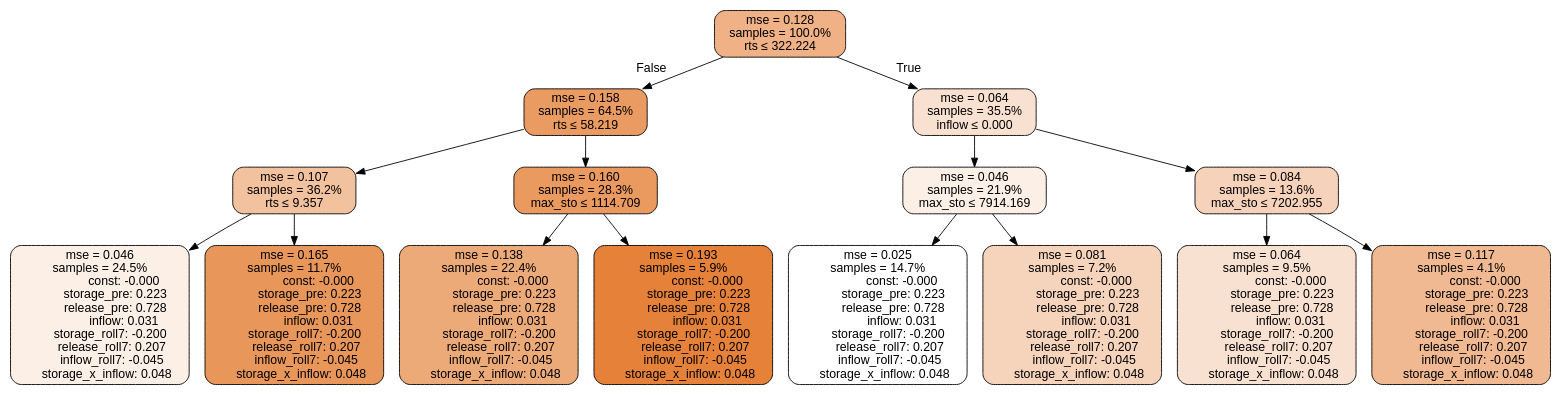
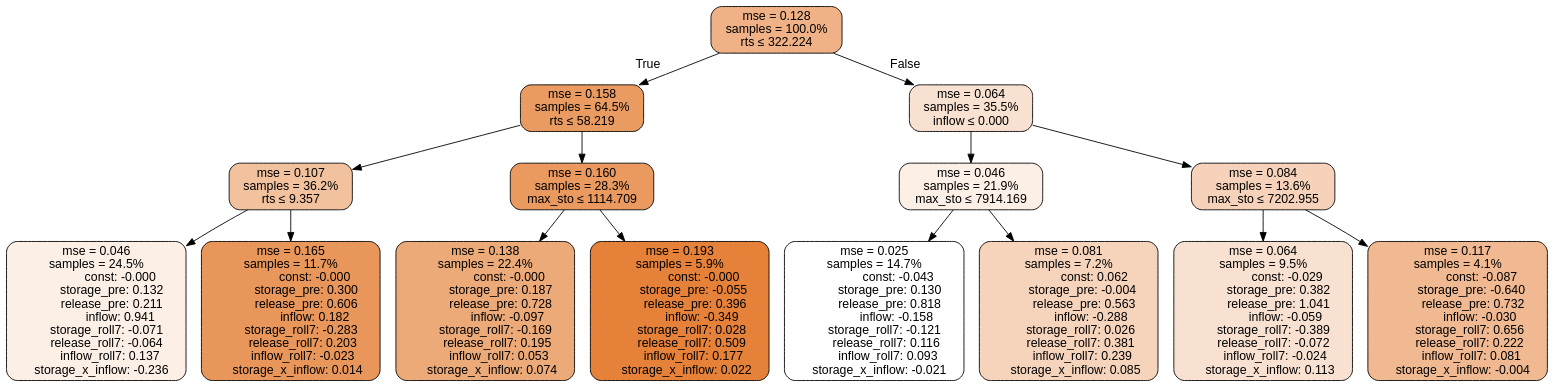
Before and after one commit to lcford2/predict-release: the diagram in results/tclr_spatial_eval/all/TD3_RT_MS_0.75_983/tree.dot, drawn with Graphviz. The commit also changed 1999 other files, not shown here.

```diff
--- a/results/tclr_spatial_eval/all/TD3_RT_MS_0.75_983/tree.dot
+++ b/results/tclr_spatial_eval/all/TD3_RT_MS_0.75_983/tree.dot
@@ -1,120 +1,121 @@
 digraph tree {
+bgcolor="transparent"
 node [shape=rectangle, style="filled, rounded", color="black", fontname=helvetica] ;
 edge [fontname=helvetica] ;
 	"0" [label="mse = 0.128
 samples = 100.0%
 rts &le; 322.224", fillcolor="#efb185"]
 	"1" [label="mse = 0.158
 samples = 64.5%
 rts &le; 58.219", fillcolor="#ea9b62"]
 	"2" [label="mse = 0.107
 samples = 36.2%
 rts &le; 9.357", fillcolor="#f2c19e"]
 	"3" [label="mse = 0.046
 samples = 24.5%
                const: -0.000
-          storage_pre: 0.223
-          release_pre: 0.728
-               inflow: 0.031
-       storage_roll7: -0.200
-        release_roll7: 0.207
-        inflow_roll7: -0.045
-     storage_x_inflow: 0.048", fillcolor="#fbefe6"]
+          storage_pre: 0.132
+          release_pre: 0.211
+               inflow: 0.941
+       storage_roll7: -0.071
+       release_roll7: -0.064
+         inflow_roll7: 0.137
+    storage_x_inflow: -0.236", fillcolor="#fbefe6"]
 	"4" [label="mse = 0.165
 samples = 11.7%
                const: -0.000
-          storage_pre: 0.223
-          release_pre: 0.728
-               inflow: 0.031
-       storage_roll7: -0.200
-        release_roll7: 0.207
-        inflow_roll7: -0.045
-     storage_x_inflow: 0.048", fillcolor="#e9965a"]
+          storage_pre: 0.300
+          release_pre: 0.606
+               inflow: 0.182
+       storage_roll7: -0.283
+        release_roll7: 0.203
+        inflow_roll7: -0.023
+     storage_x_inflow: 0.014", fillcolor="#e9965a"]
 	"5" [label="mse = 0.160
 samples = 28.3%
 max_sto &le; 1114.709", fillcolor="#ea995f"]
 	"6" [label="mse = 0.138
 samples = 22.4%
                const: -0.000
-          storage_pre: 0.223
+          storage_pre: 0.187
           release_pre: 0.728
-               inflow: 0.031
-       storage_roll7: -0.200
-        release_roll7: 0.207
-        inflow_roll7: -0.045
-     storage_x_inflow: 0.048", fillcolor="#edaa79"]
+              inflow: -0.097
+       storage_roll7: -0.169
+        release_roll7: 0.195
+         inflow_roll7: 0.053
+     storage_x_inflow: 0.074", fillcolor="#edaa79"]
 	"7" [label="mse = 0.193
 samples = 5.9%
                const: -0.000
-          storage_pre: 0.223
-          release_pre: 0.728
-               inflow: 0.031
-       storage_roll7: -0.200
-        release_roll7: 0.207
-        inflow_roll7: -0.045
-     storage_x_inflow: 0.048", fillcolor="#e58139"]
+         storage_pre: -0.055
+          release_pre: 0.396
+              inflow: -0.349
+        storage_roll7: 0.028
+        release_roll7: 0.509
+         inflow_roll7: 0.177
+     storage_x_inflow: 0.022", fillcolor="#e58139"]
 	"8" [label="mse = 0.064
 samples = 35.5%
 inflow &le; 0.000", fillcolor="#f8e1d1"]
 	"9" [label="mse = 0.046
 samples = 21.9%
 max_sto &le; 7914.169", fillcolor="#fbefe6"]
 	"10" [label="mse = 0.025
 samples = 14.7%
-               const: -0.000
-          storage_pre: 0.223
-          release_pre: 0.728
-               inflow: 0.031
-       storage_roll7: -0.200
-        release_roll7: 0.207
-        inflow_roll7: -0.045
-     storage_x_inflow: 0.048", fillcolor="#ffffff"]
+               const: -0.043
+          storage_pre: 0.130
+          release_pre: 0.818
+              inflow: -0.158
+       storage_roll7: -0.121
+        release_roll7: 0.116
+         inflow_roll7: 0.093
+    storage_x_inflow: -0.021", fillcolor="#ffffff"]
 	"11" [label="mse = 0.081
 samples = 7.2%
-               const: -0.000
-          storage_pre: 0.223
-          release_pre: 0.728
-               inflow: 0.031
-       storage_roll7: -0.200
-        release_roll7: 0.207
-        inflow_roll7: -0.045
-     storage_x_inflow: 0.048", fillcolor="#f6d4bc"]
+                const: 0.062
+         storage_pre: -0.004
+          release_pre: 0.563
+              inflow: -0.288
+        storage_roll7: 0.026
+        release_roll7: 0.381
+         inflow_roll7: 0.239
+     storage_x_inflow: 0.085", fillcolor="#f6d4bc"]
 	"12" [label="mse = 0.084
 samples = 13.6%
 max_sto &le; 7202.955", fillcolor="#f5d2b9"]
 	"13" [label="mse = 0.064
 samples = 9.5%
-               const: -0.000
-          storage_pre: 0.223
-          release_pre: 0.728
-               inflow: 0.031
-       storage_roll7: -0.200
-        release_roll7: 0.207
-        inflow_roll7: -0.045
-     storage_x_inflow: 0.048", fillcolor="#f9e1d1"]
+               const: -0.029
+          storage_pre: 0.382
+          release_pre: 1.041
+              inflow: -0.059
+       storage_roll7: -0.389
+       release_roll7: -0.072
+        inflow_roll7: -0.024
+     storage_x_inflow: 0.113", fillcolor="#f9e1d1"]
 	"14" [label="mse = 0.117
 samples = 4.1%
-               const: -0.000
-          storage_pre: 0.223
-          release_pre: 0.728
-               inflow: 0.031
-       storage_roll7: -0.200
-        release_roll7: 0.207
-        inflow_roll7: -0.045
-     storage_x_inflow: 0.048", fillcolor="#f0b992"]
+               const: -0.087
+         storage_pre: -0.640
+          release_pre: 0.732
+              inflow: -0.030
+        storage_roll7: 0.656
+        release_roll7: 0.222
+         inflow_roll7: 0.081
+    storage_x_inflow: -0.004", fillcolor="#f0b992"]
 
-	"0" -> "1" [labeldistance=2.5, labelangle=45, headlabel="False"]
+	"0" -> "1" [labeldistance=2.5, labelangle=45, headlabel="True"]
 	"1" -> "2"
 	"2" -> "3"
 	"2" -> "4"
 	"1" -> "5"
 	"5" -> "6"
 	"5" -> "7"
-	"0" -> "8" [labeldistance=2.5, labelangle=-45, headlabel="True"]
+	"0" -> "8" [labeldistance=2.5, labelangle=-45, headlabel="False"]
 	"8" -> "9"
 	"9" -> "10"
 	"9" -> "11"
 	"8" -> "12"
 	"12" -> "13"
 	"12" -> "14"
 }
```
